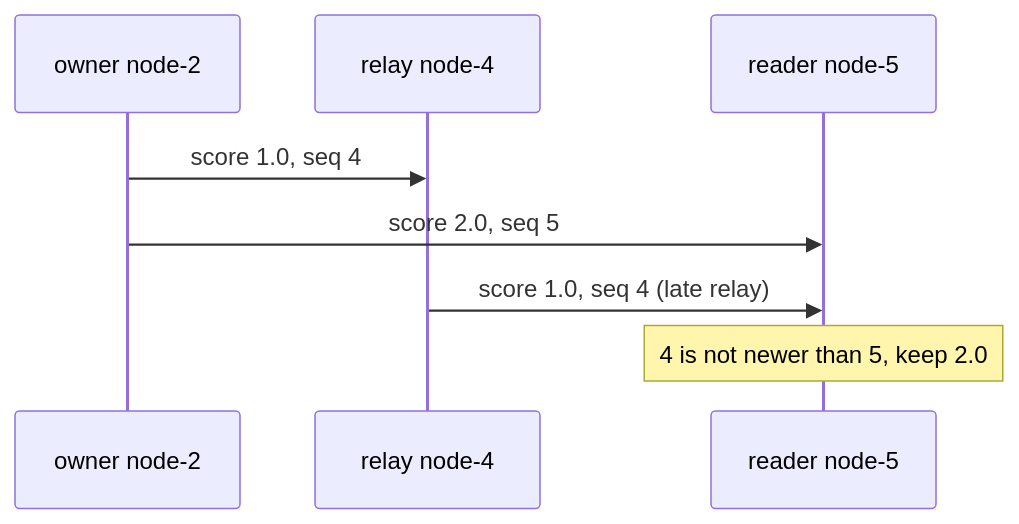
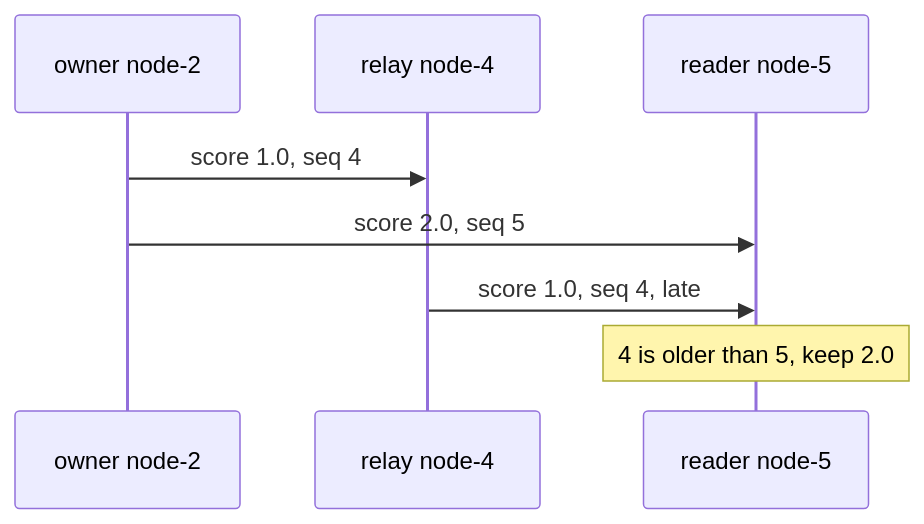
Before and after one commit to Aditya-Jyoti/swarm-communication: the diagram in docs/concepts/logical-clocks.md, drawn with Mermaid. The commit also changed other lines of this file and 4 other files, not shown here.

````diff
--- a/docs/concepts/logical-clocks.md
+++ b/docs/concepts/logical-clocks.md
@@ -46,10 +41,10 @@
 ```mermaid
 sequenceDiagram
     participant O as owner node-2
-    participant A as relay node-4
+    participant R as relay node-4
     participant B as reader node-5
-    O->>A: score 1.0, seq 4
+    O->>R: score 1.0, seq 4
     O->>B: score 2.0, seq 5
-    A->>B: score 1.0, seq 4 (late relay)
-    Note over B: 4 is not newer than 5, keep 2.0
+    R->>B: score 1.0, seq 4, late
+    Note over B: 4 is older than 5, keep 2.0
 ```
````
